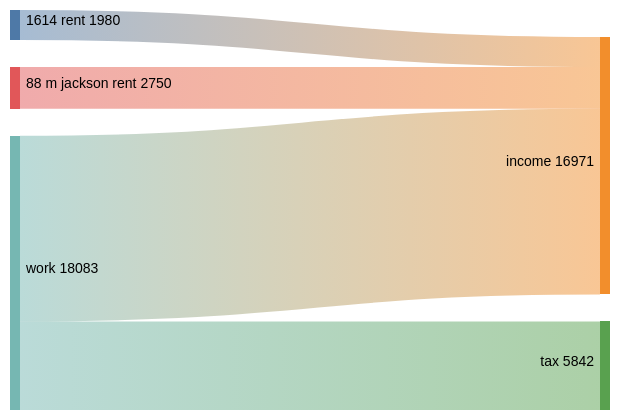
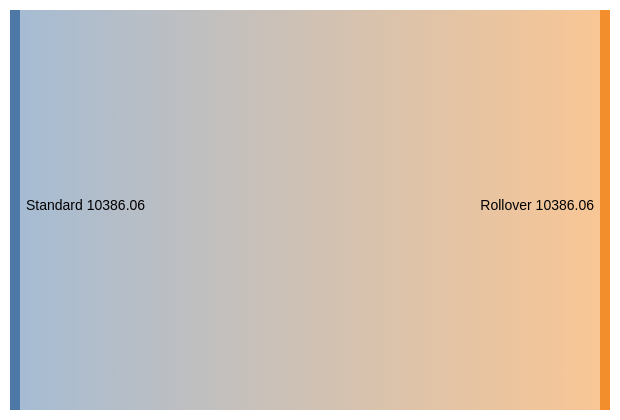
Before and after one commit to sarnobat/mermaid: the third of 11 diagrams in README.md, drawn with Mermaid (neutral theme).

Commit message:
Clean up data entries in README.md
Removed outdated data entries from the README.

````diff
--- a/README.md
+++ b/README.md
@@ -134,13 +134,10 @@
 ```mermaid
 ---
 config:
   sankey:
     showValues: true
 ---
 sankey-beta
 
-1614 rent,income,1980
-88 m jackson rent, income,2750
-work,income,12241
-work,tax,5842
+Standard,Rollover,10386.06
 ```
````
